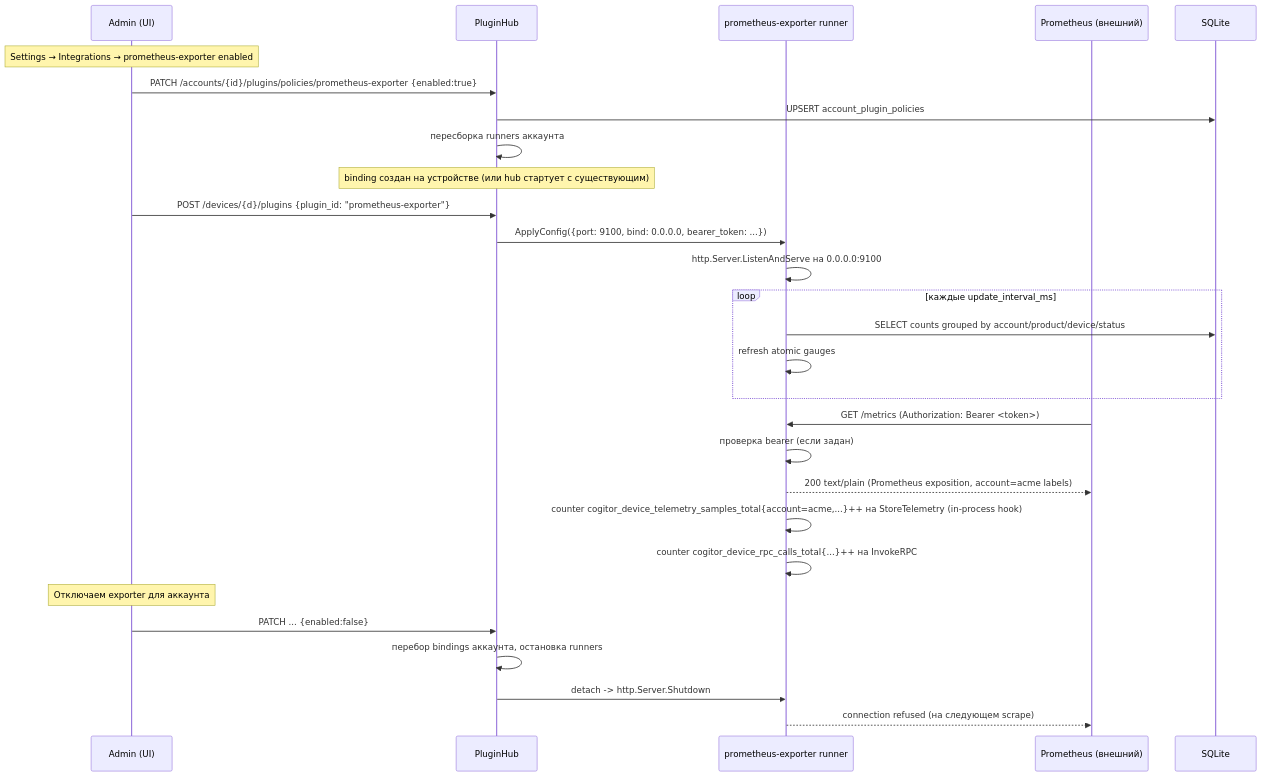
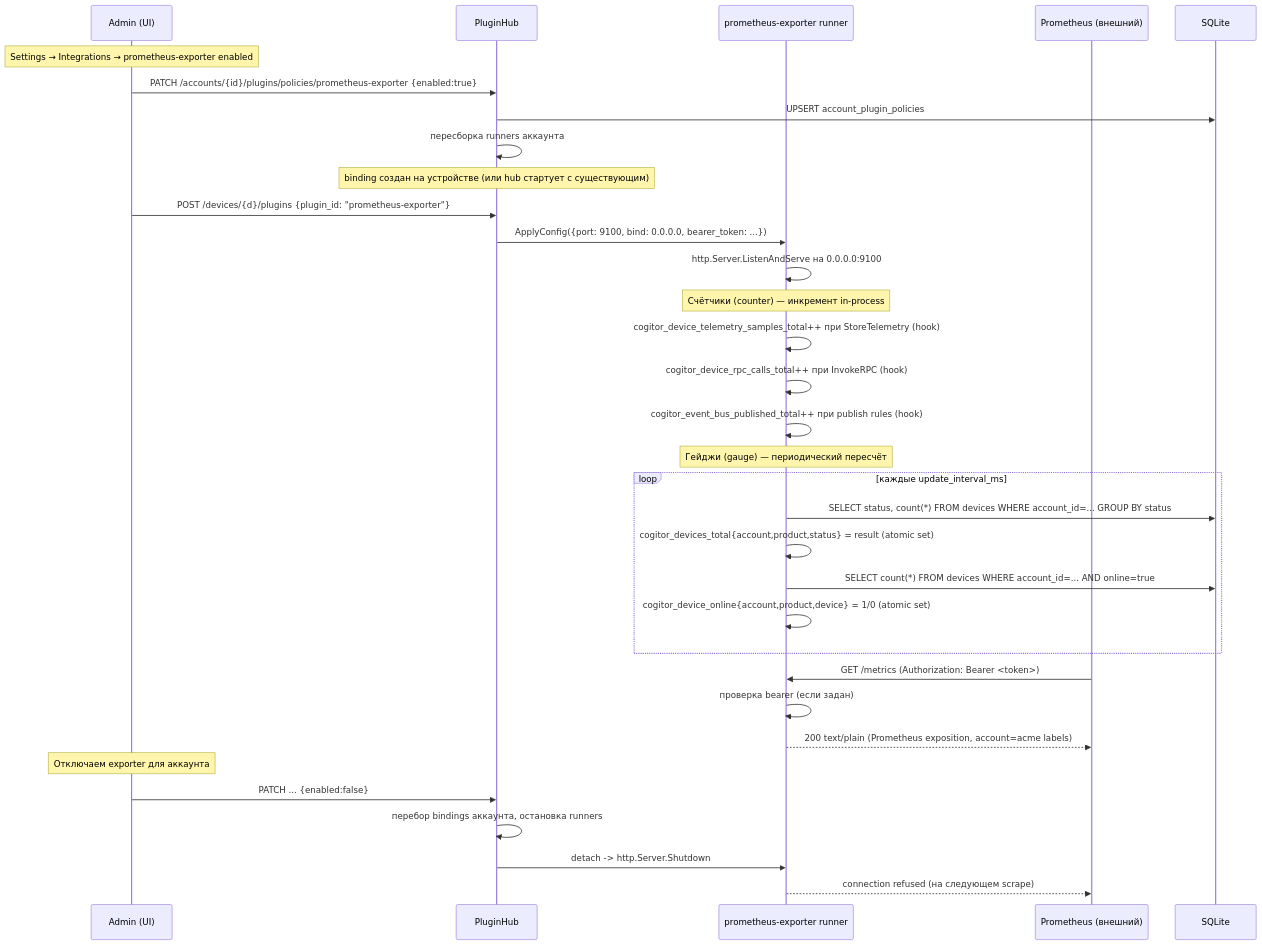
Before and after one commit to darvik80/iot-platform-go: the fourth of 5 diagrams in docs/ru/16-multi-account.md, drawn with Mermaid. The commit also changed other lines of this file and 3 other files, not shown here.

````diff
--- a/docs/ru/16-multi-account.md
+++ b/docs/ru/16-multi-account.md
@@ -362,35 +388,41 @@
 ```mermaid
 sequenceDiagram
     participant Adm as Admin (UI)
     participant H as PluginHub
     participant EX as prometheus-exporter runner
     participant Pr as Prometheus (внешний)
     participant DB as SQLite
 
     Note over Adm: Settings → Integrations → prometheus-exporter enabled
     Adm->>H: PATCH /accounts/{id}/plugins/policies/prometheus-exporter {enabled:true}
     H->>DB: UPSERT account_plugin_policies
     H->>H: пересборка runners аккаунта
 
     Note over H: binding создан на устройстве (или hub стартует с существующим)
     Adm->>H: POST /devices/{d}/plugins {plugin_id: "prometheus-exporter"}
     H->>EX: ApplyConfig({port: 9100, bind: 0.0.0.0, bearer_token: ...})
     EX->>EX: http.Server.ListenAndServe на 0.0.0.0:9100
 
+    Note over EX: Счётчики (counter) — инкремент in-process
+    EX->>EX: cogitor_device_telemetry_samples_total++ при StoreTelemetry (hook)
+    EX->>EX: cogitor_device_rpc_calls_total++ при InvokeRPC (hook)
+    EX->>EX: cogitor_event_bus_published_total++ при publish rules (hook)
+
+    Note over EX: Гейджи (gauge) — периодический пересчёт
     loop каждые update_interval_ms
-        EX->>DB: SELECT counts grouped by account/product/device/status
-        EX->>EX: refresh atomic gauges
+        EX->>DB: SELECT status, count(*) FROM devices WHERE account_id=... GROUP BY status
+        EX->>EX: cogitor_devices_total{account,product,status} = result (atomic set)
+        EX->>DB: SELECT count(*) FROM devices WHERE account_id=... AND online=true
+        EX->>EX: cogitor_device_online{account,product,device} = 1/0 (atomic set)
     end
 
     Pr->>EX: GET /metrics (Authorization: Bearer <token>)
     EX->>EX: проверка bearer (если задан)
     EX-->>Pr: 200 text/plain (Prometheus exposition, account=acme labels)
-    EX->>EX: counter cogitor_device_telemetry_samples_total{account=acme,...}++ на StoreTelemetry (in-process hook)
-    EX->>EX: counter cogitor_device_rpc_calls_total{...}++ на InvokeRPC
 
     Note over Adm: Отключаем exporter для аккаунта
     Adm->>H: PATCH ... {enabled:false}
     H->>H: перебор bindings аккаунта, остановка runners
     H->>EX: detach -> http.Server.Shutdown
     EX-->>Pr: connection refused (на следующем scrape)
 ```
````
